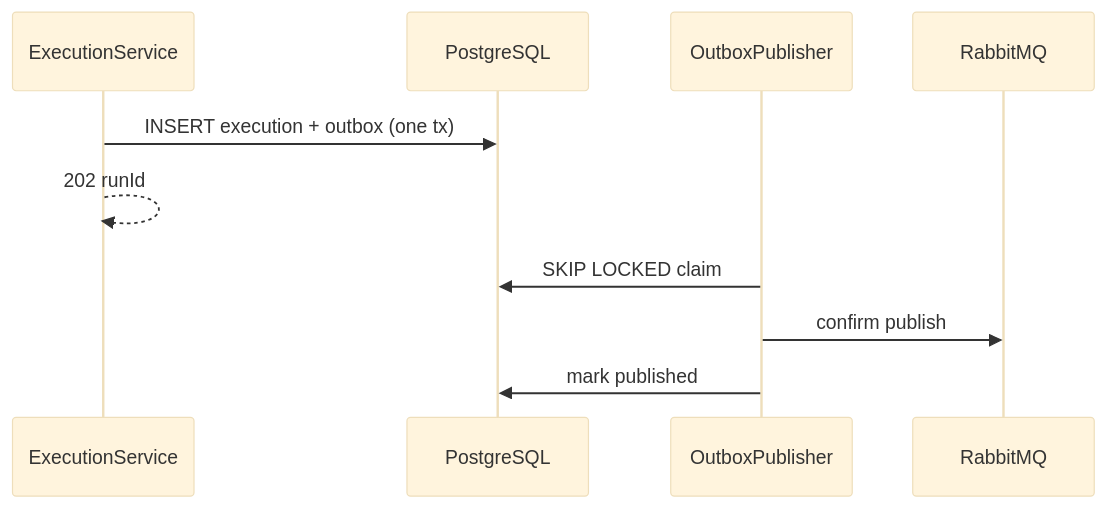
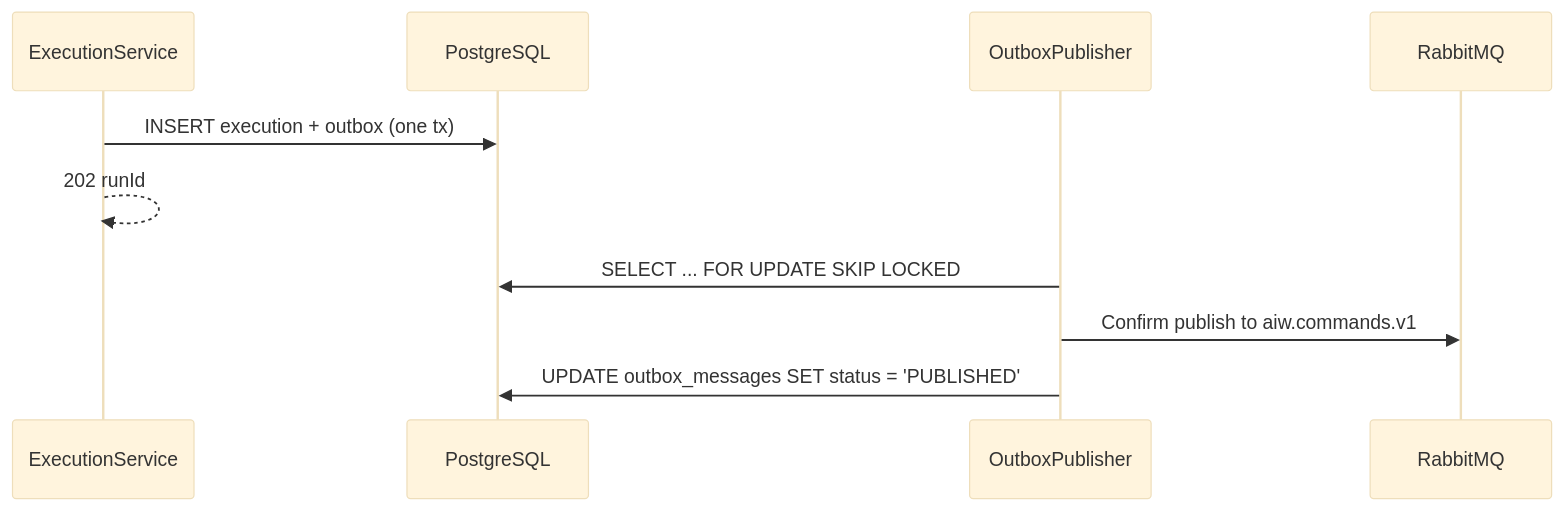
The second of 2 diagrams in design/control-plane/LLD.md (ShriNarayanPandey01/Ai_Workflow), drawn with Mermaid (base theme) before and after one commit. The commit also changed other lines of this file and 17 other files, not shown here.

````diff
--- a/design/control-plane/LLD.md
+++ b/design/control-plane/LLD.md
@@ -138,13 +185,13 @@
 ```mermaid
 sequenceDiagram
     participant Svc as ExecutionService
     participant DB as PostgreSQL
     participant Pub as OutboxPublisher
     participant MQ as RabbitMQ
 
     Svc->>DB: INSERT execution + outbox (one tx)
     Svc-->>Svc: 202 runId
-    Pub->>DB: SKIP LOCKED claim
-    Pub->>MQ: confirm publish
-    Pub->>DB: mark published
+    Pub->>DB: SELECT ... FOR UPDATE SKIP LOCKED
+    Pub->>MQ: Confirm publish to aiw.commands.v1
+    Pub->>DB: UPDATE outbox_messages SET status = 'PUBLISHED'
 ```
````
